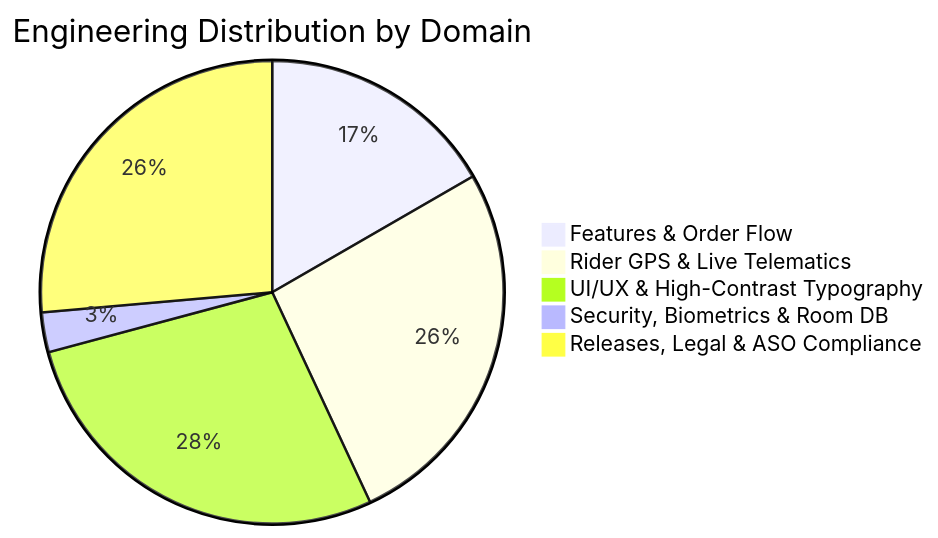
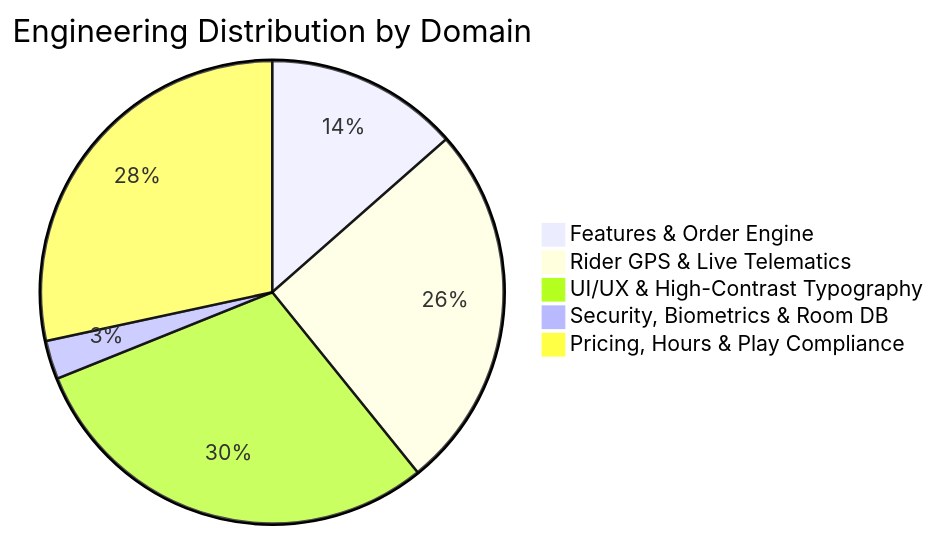
Before and after one commit to daniyal44/Zyphuel-App: the second of 2 diagrams in README.md, drawn with Mermaid. The commit also changed other lines of this file and 22 other files, not shown here.

Commit message:
feat(release): bump to v2.6.4.0.0.24 (Build 52), tiered delivery rates, operating hours gate, and auto-updating code graph

````diff
--- a/README.md
+++ b/README.md
@@ -60,8 +69,8 @@
 ```mermaid
 pie title Engineering Distribution by Domain
-    "Features & Order Flow" : 12
+    "Features & Order Engine" : 10
     "Rider GPS & Live Telematics" : 19
-    "UI/UX & High-Contrast Typography" : 20
+    "UI/UX & High-Contrast Typography" : 22
     "Security, Biometrics & Room DB" : 2
-    "Releases, Legal & ASO Compliance" : 19
+    "Pricing, Hours & Play Compliance" : 21
 ```
````
